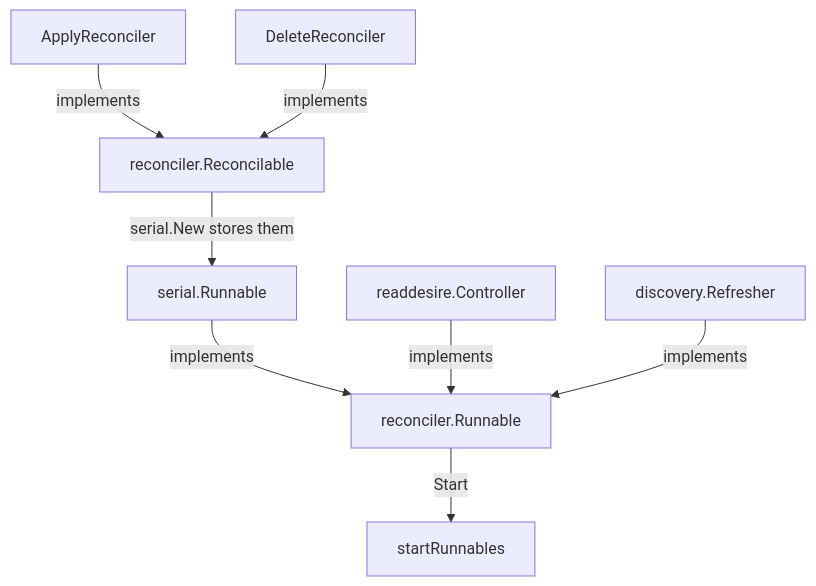
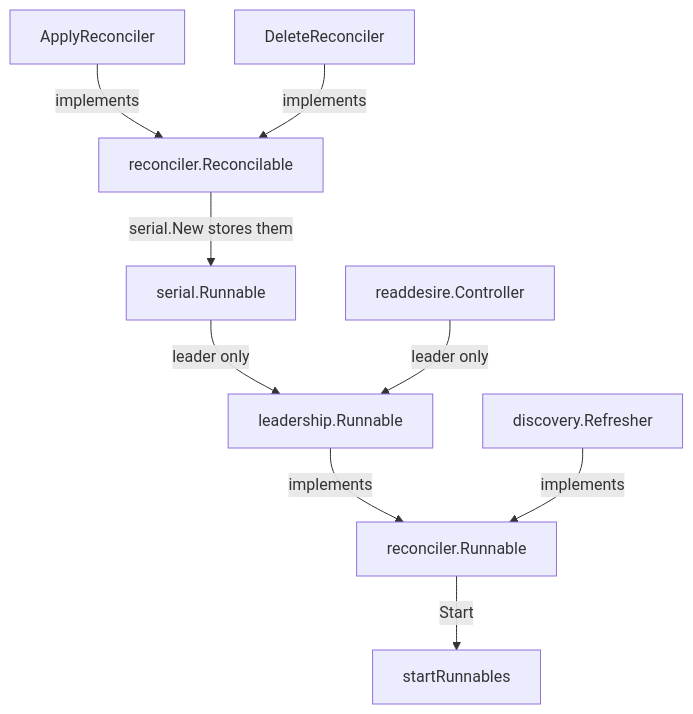
The diagram in internal/reconciler/CLAUDE.md (Mischulee/hyperfleet-applier), drawn with Mermaid before and after one commit. The commit also changed other lines of this file and 21 other files, not shown here.

````diff
--- a/internal/reconciler/CLAUDE.md
+++ b/internal/reconciler/CLAUDE.md
@@ -5,20 +5,22 @@
 ```mermaid
 flowchart TB
     apply["ApplyReconciler"]
     delete["DeleteReconciler"]
     reconcilable["reconciler.Reconcilable"]
     serial["serial.Runnable"]
     read["readdesire.Controller"]
     refresher["discovery.Refresher"]
+    leader["leadership.Runnable"]
     runnable["reconciler.Runnable"]
     start["startRunnables"]
 
     apply -->|"implements"| reconcilable
     delete -->|"implements"| reconcilable
     reconcilable -->|"serial.New stores them"| serial
 
-    serial -->|"implements"| runnable
-    read -->|"implements"| runnable
+    serial -->|"leader only"| leader
+    read -->|"leader only"| leader
+    leader -->|"implements"| runnable
     refresher -->|"implements"| runnable
     runnable -->|"Start"| start
 ```
````
